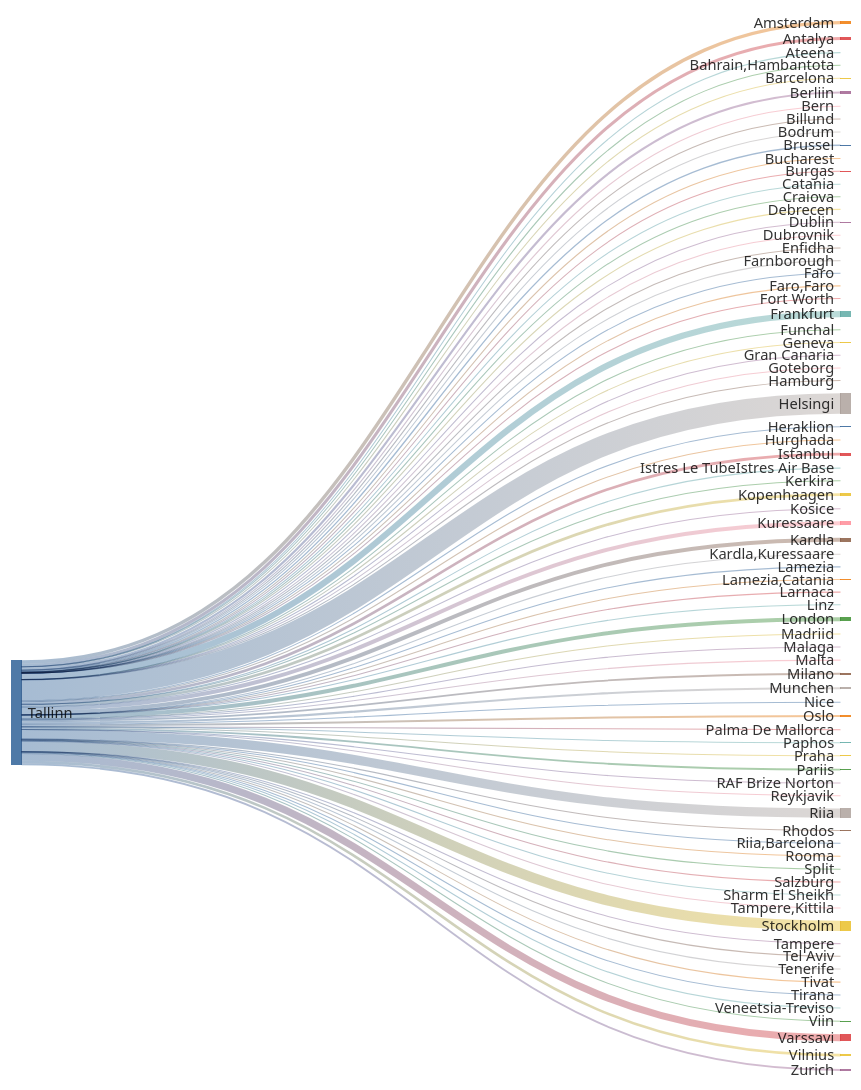
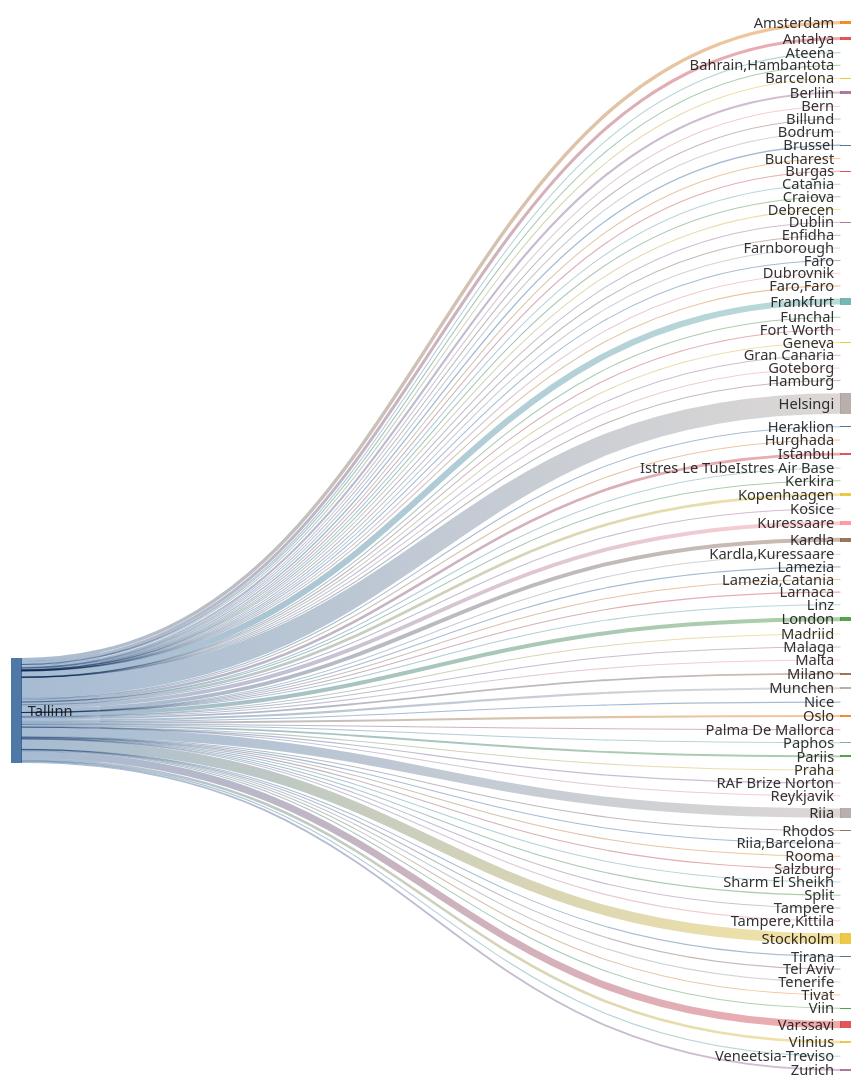
Before and after one commit to rainermesi/tll-airport-departures: the second of 2 diagrams in README.md, drawn with Mermaid. The commit also changed other lines of this file and 1 other file, not shown here.

````diff
--- a/README.md
+++ b/README.md
@@ -41,82 +41,82 @@
 ---
 sankey-beta
 %% source,target,value
-Tallinn,Amsterdam,523
-Tallinn,Antalya,464
+Tallinn,Amsterdam,525
+Tallinn,Antalya,465
 Tallinn,Ateena,16
 Tallinn,"Bahrain,Hambantota",1
 Tallinn,Barcelona,147
-Tallinn,Berliin,328
+Tallinn,Berliin,330
 Tallinn,Bern,1
 Tallinn,Billund,83
 Tallinn,Bodrum,11
-Tallinn,Brussel,201
+Tallinn,Brussel,202
 Tallinn,Bucharest,1
 Tallinn,Burgas,67
 Tallinn,Catania,2
 Tallinn,Craiova,1
 Tallinn,Debrecen,1
-Tallinn,Dublin,100
+Tallinn,Dublin,101
 Tallinn,Dubrovnik,21
 Tallinn,Enfidha,9
 Tallinn,Farnborough,1
 Tallinn,Faro,4
 Tallinn,"Faro,Faro",1
 Tallinn,Fort Worth,1
-Tallinn,Frankfurt,935
+Tallinn,Frankfurt,937
 Tallinn,Funchal,5
 Tallinn,Geneva,13
 Tallinn,Gran Canaria,38
 Tallinn,Goteborg,2
 Tallinn,Hamburg,2
-Tallinn,Helsingi,3149
-Tallinn,Heraklion,111
+Tallinn,Helsingi,3157
+Tallinn,Heraklion,112
 Tallinn,Hurghada,75
-Tallinn,Istanbul,408
+Tallinn,Istanbul,409
 Tallinn,Istres Le TubeIstres Air Base,2
 Tallinn,Kerkira,4
-Tallinn,Kopenhaagen,417
+Tallinn,Kopenhaagen,420
 Tallinn,Kosice,1
-Tallinn,Kuressaare,595
-Tallinn,Kardla,597
+Tallinn,Kuressaare,596
+Tallinn,Kardla,598
 Tallinn,"Kardla,Kuressaare",1
 Tallinn,Lamezia,1
 Tallinn,"Lamezia,Catania",3
 Tallinn,Larnaca,4
 Tallinn,Linz,2
-Tallinn,London,609
+Tallinn,London,611
 Tallinn,Madriid,4
 Tallinn,Malaga,128
 Tallinn,Malta,32
-Tallinn,Milano,277
-Tallinn,Munchen,326
-Tallinn,Nice,57
-Tallinn,Oslo,316
+Tallinn,Milano,278
+Tallinn,Munchen,328
+Tallinn,Nice,58
+Tallinn,Oslo,318
 Tallinn,Palma De Mallorca,36
 Tallinn,Paphos,66
-Tallinn,Pariis,277
-Tallinn,Praha,92
+Tallinn,Pariis,278
+Tallinn,Praha,93
 Tallinn,RAF Brize Norton,1
 Tallinn,Reykjavik,20
 Tallinn,Rhodos,65
-Tallinn,Riia,1418
+Tallinn,Riia,1422
 Tallinn,"Riia,Barcelona",1
 Tallinn,Rooma,80
 Tallinn,Salzburg,14
 Tallinn,Sharm El Sheikh,105
-Tallinn,Split,58
-Tallinn,Stockholm,1559
+Tallinn,Split,59
+Tallinn,Stockholm,1565
 Tallinn,Tampere,17
 Tallinn,"Tampere,Kittila",21
 Tallinn,Tel Aviv,2
 Tallinn,Tenerife,58
 Tallinn,Tirana,39
-Tallinn,Tivat,74
-Tallinn,Varssavi,1086
+Tallinn,Tivat,75
+Tallinn,Varssavi,1090
 Tallinn,Veneetsia-Treviso,67
 Tallinn,Viin,106
-Tallinn,Vilnius,394
-Tallinn,Zurich,281
+Tallinn,Vilnius,395
+Tallinn,Zurich,282
 
 
 ```
````
